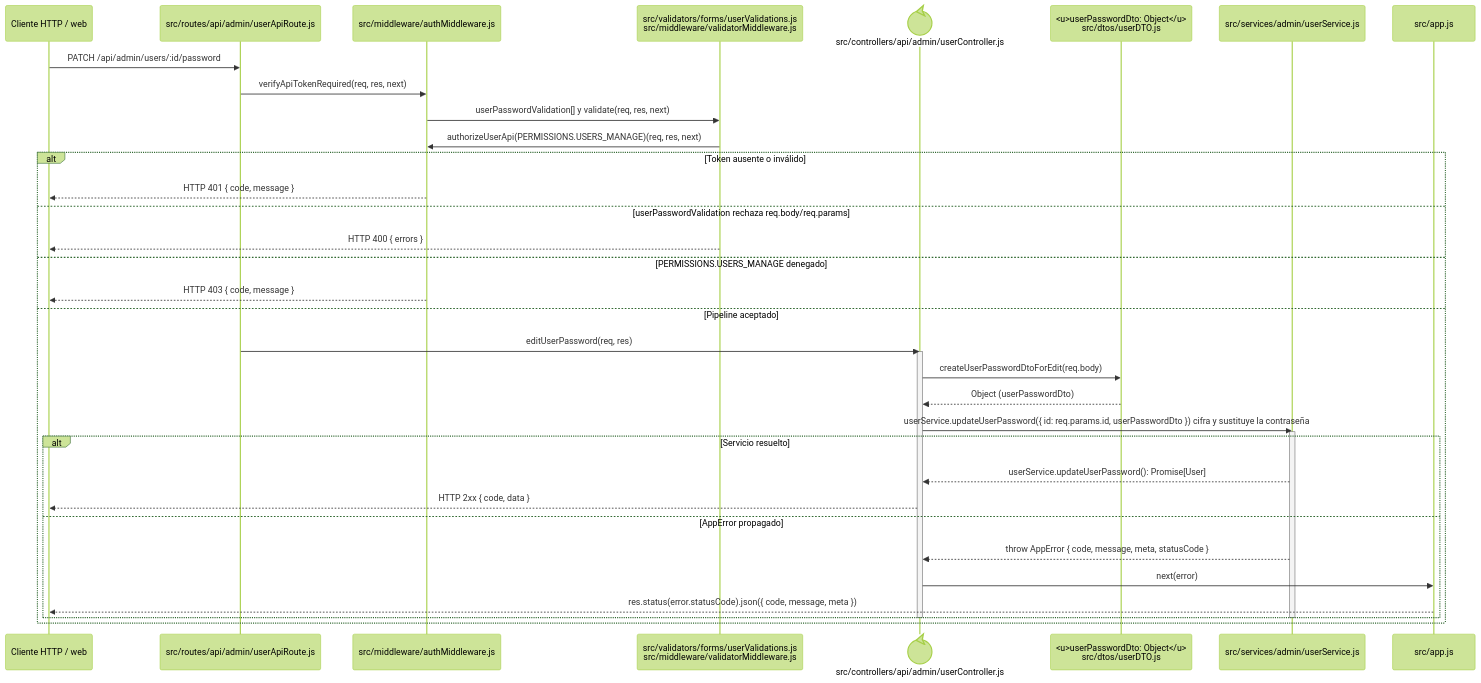
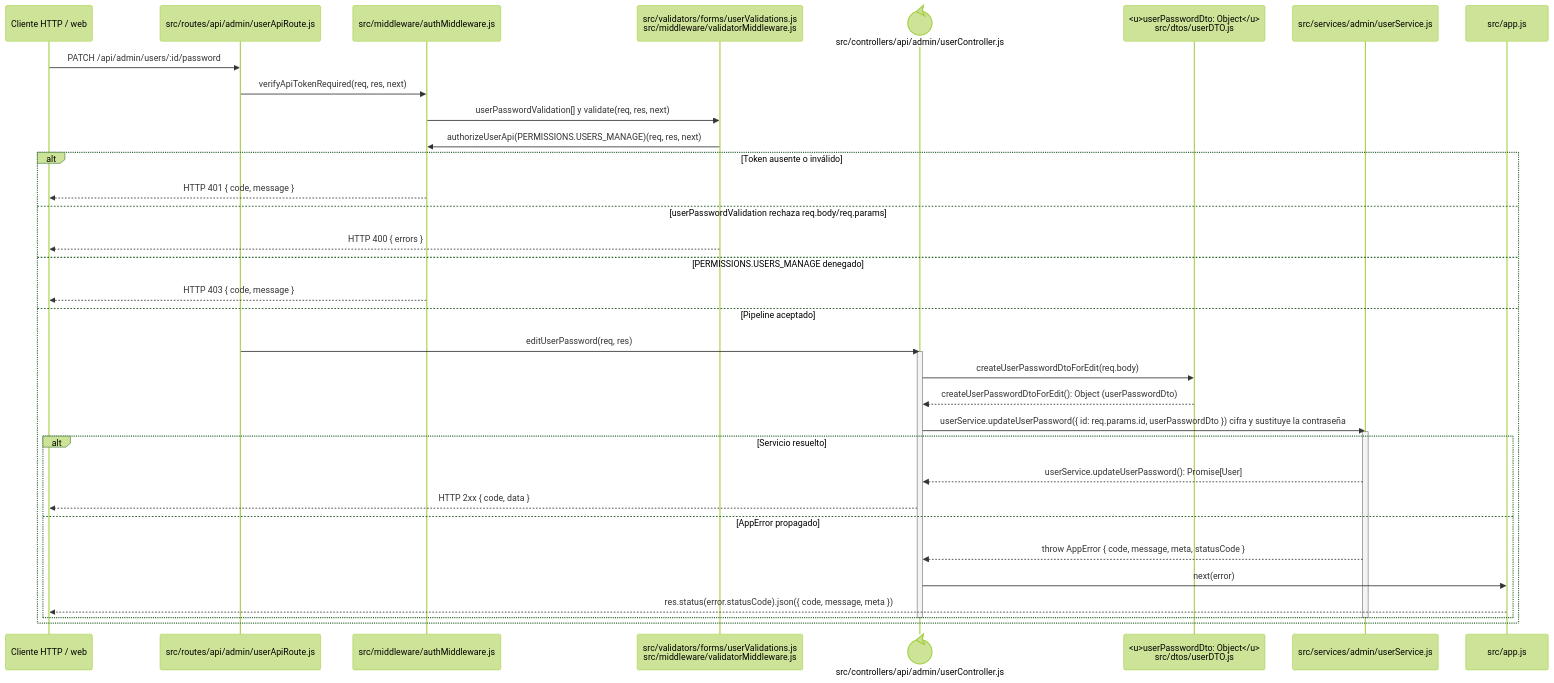
The diagram in docs/architecture/backend-code-sequences/identity-access/cu-ida-08.md (gpgsistemas01/nexus), drawn with Mermaid (forest theme) before and after one commit. The commit also changed 50 other files, not shown here.

Commit message:
docs: separar llamadas en diagramas de secuencia

````diff
--- a/docs/architecture/backend-code-sequences/identity-access/cu-ida-08.md
+++ b/docs/architecture/backend-code-sequences/identity-access/cu-ida-08.md
@@ -6,40 +6,40 @@
 ```mermaid
 sequenceDiagram
     participant Client as Cliente HTTP / web
     participant Route as src/routes/api/admin/userApiRoute.js
     participant Auth as src/middleware/authMiddleware.js
     participant Validator as src/validators/forms/userValidations.js<br/>src/middleware/validatorMiddleware.js
     participant Controller@{ "type": "control" } as src/controllers/api/admin/userController.js
     participant PasswordDto as <u>userPasswordDto: Object</u><br/>src/dtos/userDTO.js
     participant Domain as src/services/admin/userService.js
     participant ErrorHandler as src/app.js
 
     Client->>Route: PATCH /api/admin/users/:id/password
     Route->>Auth: verifyApiTokenRequired(req, res, next)
     Auth->>Validator: userPasswordValidation[] y validate(req, res, next)
     Validator->>Auth: authorizeUserApi(PERMISSIONS.USERS_MANAGE)(req, res, next)
     alt Token ausente o inválido
         Auth-->>Client: HTTP 401 { code, message }
     else userPasswordValidation rechaza req.body/req.params
         Validator-->>Client: HTTP 400 { errors }
     else PERMISSIONS.USERS_MANAGE denegado
         Auth-->>Client: HTTP 403 { code, message }
     else Pipeline aceptado
         Route->>Controller: editUserPassword(req, res)
         activate Controller
         Controller->>PasswordDto: createUserPasswordDtoForEdit(req.body)
-        PasswordDto-->>Controller: Object (userPasswordDto)
+        PasswordDto-->>Controller: createUserPasswordDtoForEdit(): Object (userPasswordDto)
         Controller->>Domain: userService.updateUserPassword({ id: req.params.id, userPasswordDto }) cifra y sustituye la contraseña
         activate Domain
         alt Servicio resuelto
             Domain-->>Controller: userService.updateUserPassword(): Promise[User]
             Controller-->>Client: HTTP 2xx { code, data }
         else AppError propagado
             Domain-->>Controller: throw AppError { code, message, meta, statusCode }
             Controller->>ErrorHandler: next(error)
             ErrorHandler-->>Client: res.status(error.statusCode).json({ code, message, meta })
         end
         deactivate Domain
         deactivate Controller
     end
 ```
````
